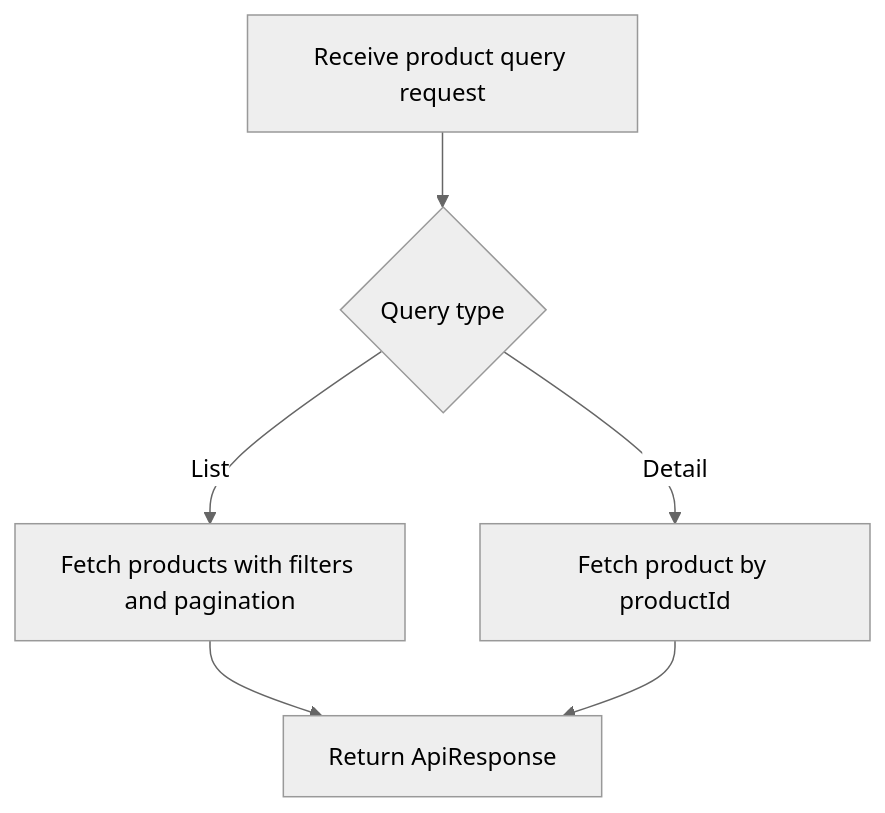
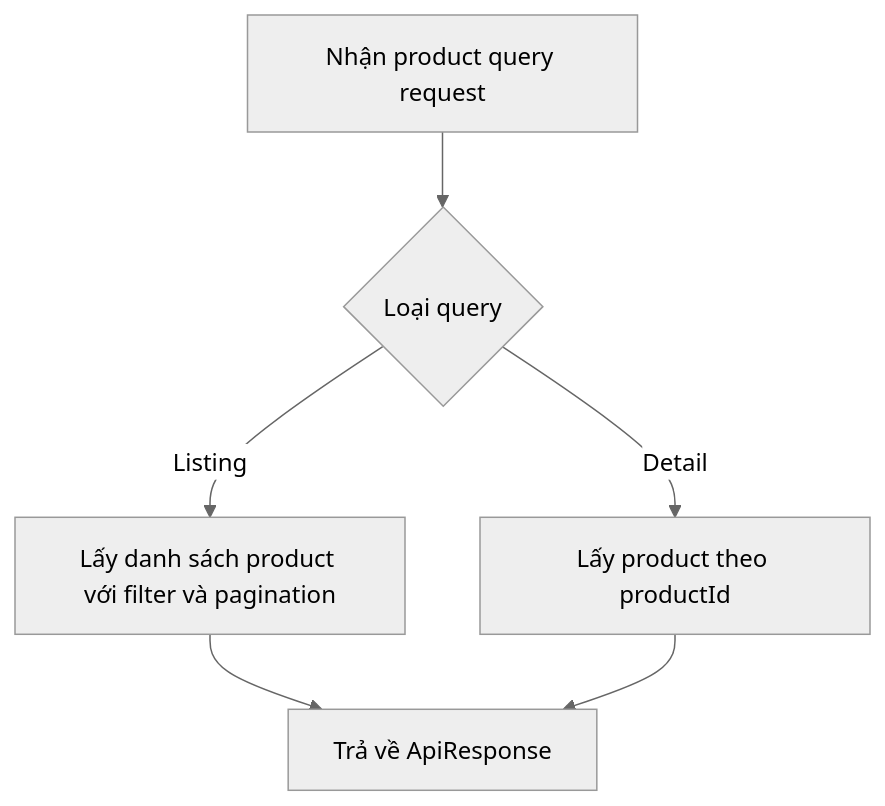
The fourth of 7 diagrams in analysis-and-design-ddd.md (baosatboiz/asd), drawn with Mermaid (neutral theme) before and after one commit. The commit also changed other lines of this file, not shown here.

````diff
--- a/analysis-and-design-ddd.md
+++ b/analysis-and-design-ddd.md
@@ -293,8 +293,8 @@
 ```mermaid
 flowchart TD
-    A[Receive product query request] --> B{Query type}
-    B -->|List| C[Fetch products with filters and pagination]
-    B -->|Detail| D[Fetch product by productId]
-    C --> E[Return ApiResponse]
+    A[Nhận product query request] --> B{Loại query}
+    B -->|Listing| C[Lấy danh sách product với filter và pagination]
+    B -->|Detail| D[Lấy product theo productId]
+    C --> E[Trả về ApiResponse]
     D --> E
 ```
````
